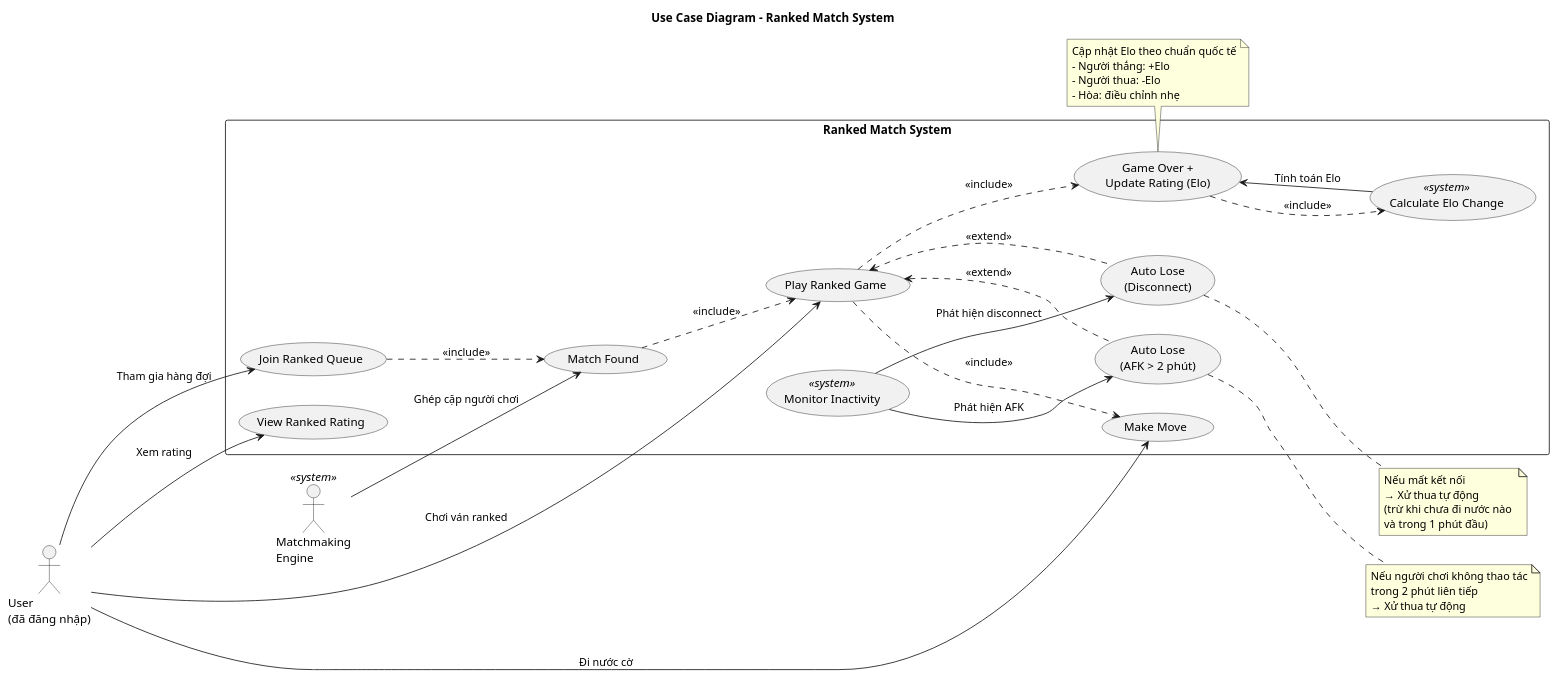
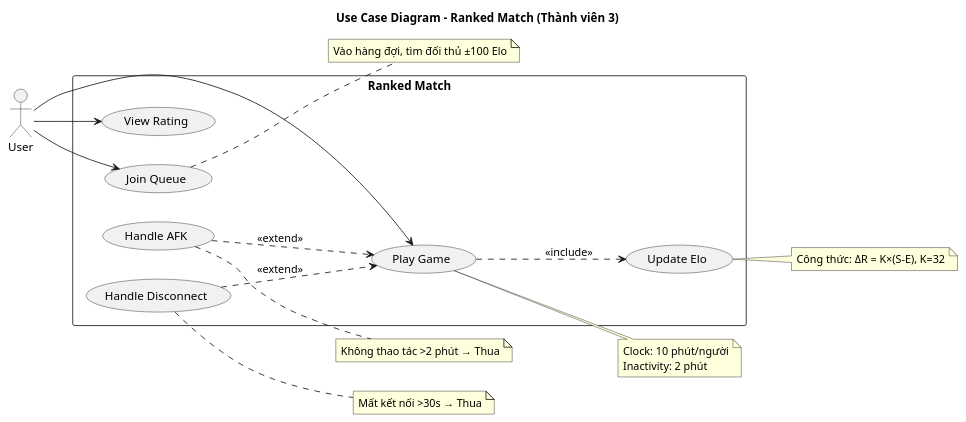
Before and after one commit to Sagitoaz/ChessWeb: the diagram in diagram/usecase/ranked_usecase.puml, drawn with PlantUML. The commit also changed other lines of this file and 6 other files, not shown here.

Commit message:
Refactor activity, sequence, and state diagrams for ranked match system; update titles and streamline processes

```diff
--- a/diagram/usecase/ranked_usecase.puml
+++ b/diagram/usecase/ranked_usecase.puml
@@ -1,66 +1,43 @@
 @startuml UML_P3_Ranked_UseCase
 
-title Use Case Diagram - Ranked Match System
+title Use Case Diagram - Ranked Match (Thành viên 3)
 
 left to right direction
 
-actor "User\n(đã đăng nhập)" as User
-actor "Matchmaking\nEngine" as Engine <<system>>
+' ===== ACTORS =====
+actor "User" as User
 
-rectangle "Ranked Match System" {
-    usecase "Join Ranked Queue" as UC1
-    usecase "Match Found" as UC2
-    usecase "Play Ranked Game" as UC3
-    usecase "Make Move" as UC3_1
-    usecase "Auto Lose\n(AFK > 2 phút)" as UC4
-    usecase "Auto Lose\n(Disconnect)" as UC5
-    usecase "Game Over +\nUpdate Rating (Elo)" as UC6
-    usecase "View Ranked Rating" as UC7
-    usecase "Monitor Inactivity" as UC8 <<system>>
-    usecase "Calculate Elo Change" as UC9 <<system>>
+' ===== SYSTEM =====
+rectangle "Ranked Match" {
+    (Join Queue) as UC1
+    (Play Game) as UC2
+    (View Rating) as UC3
+    (Update Elo) as UC4
+    (Handle AFK) as UC5
+    (Handle Disconnect) as UC6
 }
 
-' User relationships
-User --> UC1 : Tham gia hàng đợi
-User --> UC3 : Chơi ván ranked
-User --> UC3_1 : Đi nước cờ
-User --> UC7 : Xem rating
+' ===== RELATIONSHIPS =====
+User --> UC1
+User --> UC2
+User --> UC3
 
-' System relationships
-Engine --> UC2 : Ghép cặp người chơi
-UC8 --> UC4 : Phát hiện AFK
-UC8 --> UC5 : Phát hiện disconnect
-UC9 --> UC6 : Tính toán Elo
+UC2 ..> UC4 : <<include>>
+UC5 ..> UC2 : <<extend>>
+UC6 ..> UC2 : <<extend>>
 
-' Includes and extends
-UC1 ..> UC2 : <<include>>
-UC2 ..> UC3 : <<include>>
-UC3 ..> UC3_1 : <<include>>
-UC3 ..> UC6 : <<include>>
+' ===== NOTES =====
+note right of UC1 : Vào hàng đợi, tìm đối thủ ±100 Elo
 
-UC3 <.. UC4 : <<extend>>
-UC3 <.. UC5 : <<extend>>
-
-UC6 ..> UC9 : <<include>>
-
-note right of UC4
-  Nếu người chơi không thao tác
-  trong 2 phút liên tiếp
-  → Xử thua tự động
+note right of UC2
+  Clock: 10 phút/người
+  Inactivity: 2 phút
 end note
 
-note right of UC5
-  Nếu mất kết nối
-  → Xử thua tự động
-  (trừ khi chưa đi nước nào 
-  và trong 1 phút đầu)
-end note
+note right of UC4 : Công thức: ΔR = K×(S-E), K=32
 
-note bottom of UC6
-  Cập nhật Elo theo chuẩn quốc tế
-  - Người thắng: +Elo
-  - Người thua: -Elo
-  - Hòa: điều chỉnh nhẹ
-end note
+note right of UC5 : Không thao tác >2 phút → Thua
+
+note right of UC6 : Mất kết nối >30s → Thua
 
 @enduml
```
